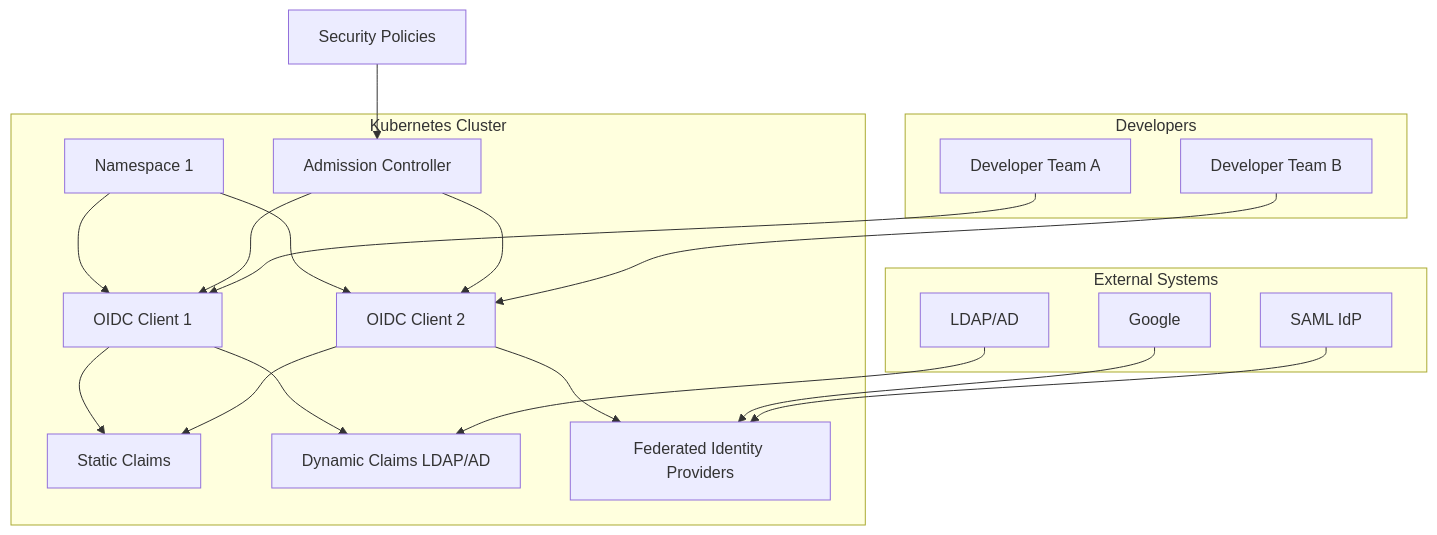
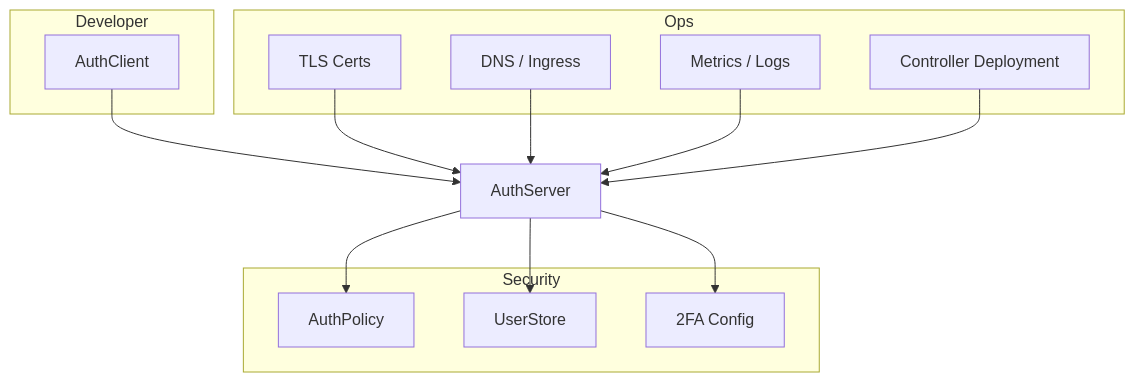
The diagram in content/about.md (nauthera/docs), drawn with Mermaid before and after one commit. The commit also changed other lines of this file and 21 other files, not shown here.

````diff
--- a/content/about.md
+++ b/content/about.md
@@ -8,26 +12,29 @@
 ```mermaid
 graph TD
-    subgraph Kubernetes Cluster
-        A[Namespace 1] --> B[OIDC Client 1]
-        A --> C[OIDC Client 2]
-        B --> D[Static Claims]
-        B --> E[Dynamic Claims LDAP/AD]
-        C --> D
-        C --> F[Federated Identity Providers]
-        G[Admission Controller] --> B
-        G --> C
-    end
+  subgraph Developer
+    AC[AuthClient]
+  end
 
-    subgraph External Systems
-        H[LDAP/AD] --> E
-        I[Google] --> F
-        J[SAML IdP] --> F
-    end
+  subgraph Security
+    AP[AuthPolicy]
+    US[UserStore]
+    MFA[2FA Config]
+  end
 
-    subgraph Developers
-        K[Developer Team A] --> B
-        L[Developer Team B] --> C
-    end
+  subgraph Ops
+    TLS[TLS Certs]
+    DNS[DNS / Ingress]
+    LOGS[Metrics / Logs]
+    DEPLOY[Controller Deployment]
+  end
 
-    M[Security Policies] --> G
+  AC --> AS[AuthServer]
+  AS --> AP
+  AS --> US
+  AS --> MFA
+
+  TLS --> AS
+  DNS --> AS
+  LOGS --> AS
+  DEPLOY --> AS
 ```
````
